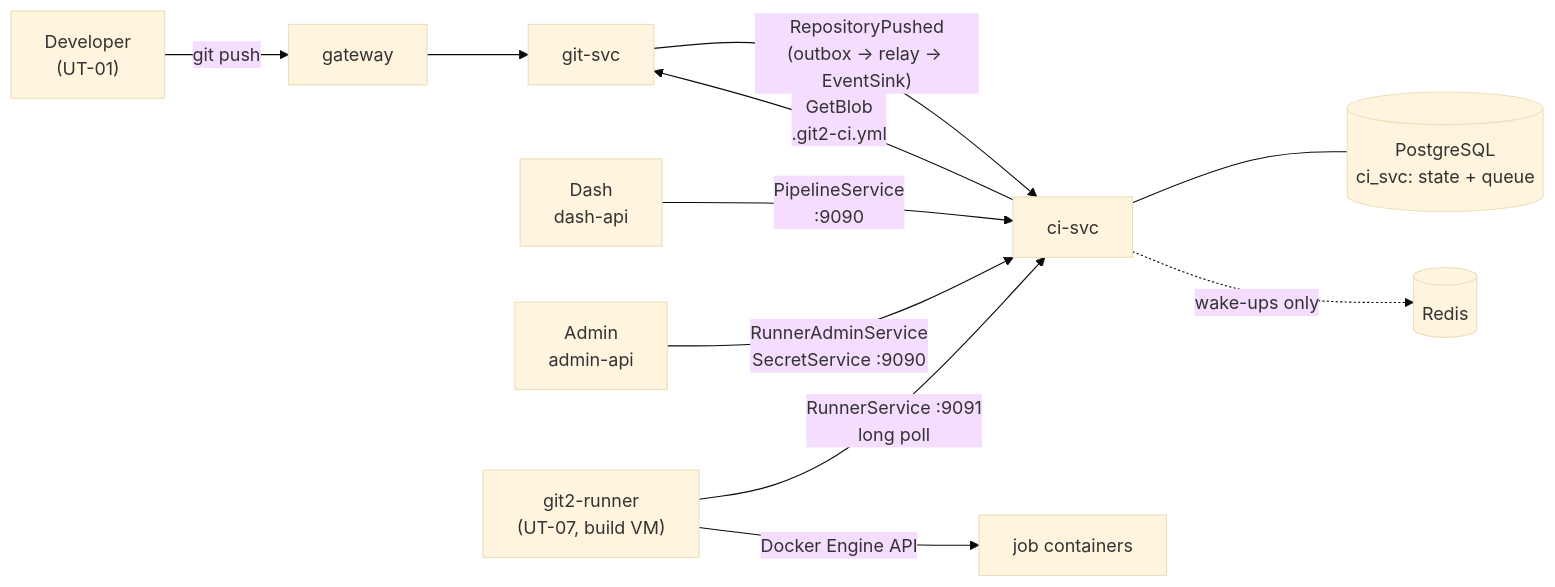
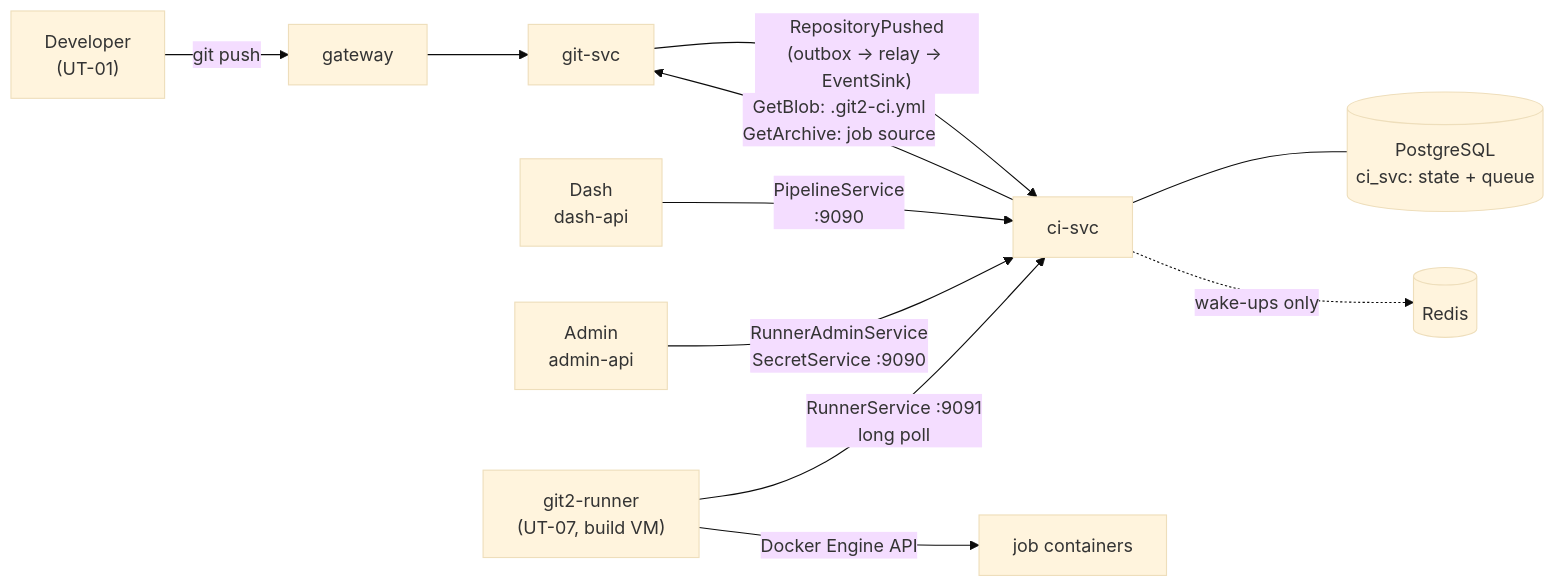
Before and after one commit to git2-project/git2-runner: the first of 4 diagrams in docs/reports/requirement-analysis-ci.md, drawn with Mermaid (base theme). The commit also changed other lines of this file and 1 other file, not shown here.

````diff
--- a/docs/reports/requirement-analysis-ci.md
+++ b/docs/reports/requirement-analysis-ci.md
@@ -18,13 +18,13 @@
 ```mermaid
 flowchart LR
     Dev["Developer<br/>(UT-01)"] -->|git push| GW[gateway]
     GW --> GS[git-svc]
     GS -->|"RepositoryPushed<br/>(outbox → relay → EventSink)"| CI[ci-svc]
     Dash["Dash<br/>dash-api"] -->|"PipelineService<br/>:9090"| CI
     Admin["Admin<br/>admin-api"] -->|"RunnerAdminService<br/>SecretService :9090"| CI
-    CI -->|"GetBlob<br/>.git2-ci.yml"| GS
+    CI -->|"GetBlob: .git2-ci.yml<br/>GetArchive: job source"| GS
     CI --- PG[("PostgreSQL<br/>ci_svc: state + queue")]
     CI -.->|wake-ups only| R[("Redis")]
     RN["git2-runner<br/>(UT-07, build VM)"] -->|"RunnerService :9091<br/>long poll"| CI
     RN -->|Docker Engine API| C["job containers"]
 ```
````
